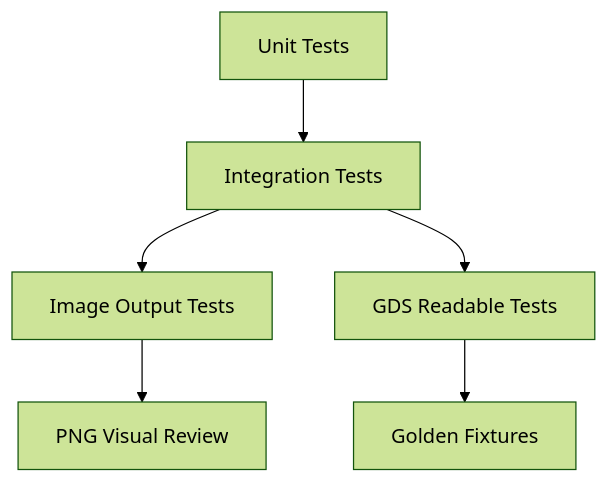
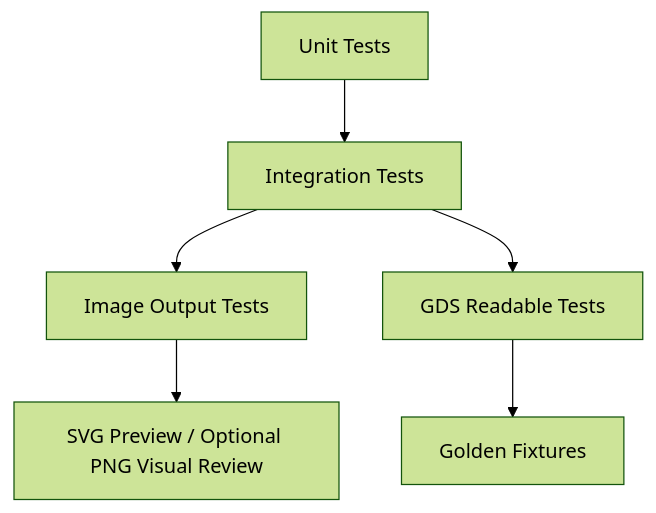
The diagram in docs/refactor/testing-strategy.md (yyihuan/Summer-GDS), drawn with Mermaid (forest theme) before and after one commit. The commit also changed other lines of this file and 14 other files, not shown here.

````diff
--- a/docs/refactor/testing-strategy.md
+++ b/docs/refactor/testing-strategy.md
@@ -15,8 +15,8 @@
 ```mermaid
 flowchart TD
   Unit[Unit Tests] --> Integration[Integration Tests]
   Integration --> Image[Image Output Tests]
   Integration --> GDS[GDS Readable Tests]
-  Image --> Visual[PNG Visual Review]
+  Image --> Visual[SVG Preview / Optional PNG Visual Review]
   GDS --> Golden[Golden Fixtures]
 ```
````
